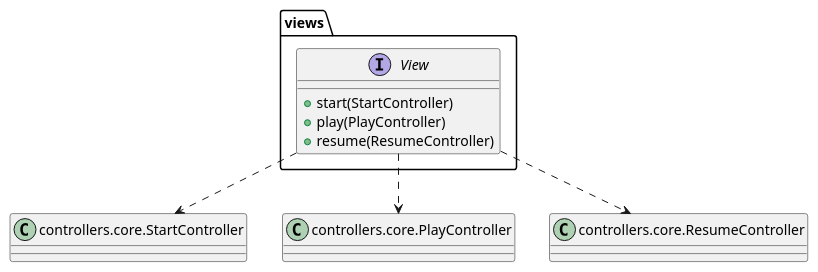
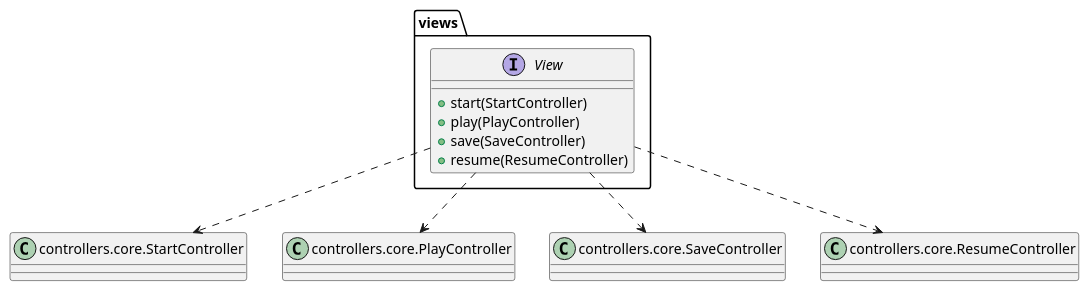
The diagram in connect4/Docs/diagrams/src/packages/connect4.connect4.views.plantuml (js-rom/connect4), drawn with PlantUML before and after one commit. The commit also changed 16 other files, not shown here.

```diff
--- a/connect4/Docs/diagrams/src/packages/connect4.connect4.views.plantuml
+++ b/connect4/Docs/diagrams/src/packages/connect4.connect4.views.plantuml
@@ -1,18 +1,21 @@
 @startuml connect4.connect4.views
 
 
 interface views.View
 class StartController as "controllers.core.StartController"
 class PlayController as "controllers.core.PlayController"
+class SaveController as "controllers.core.SaveController"
 class ResumeController as "controllers.core.ResumeController"
 
 View : +start(StartController)
 View : +play(PlayController)
+View : +save(SaveController)
 View : +resume(ResumeController)
 
 View ..> StartController
 View ..> PlayController
+View ..> SaveController
 View ..> ResumeController
 
 
 @enduml
```
